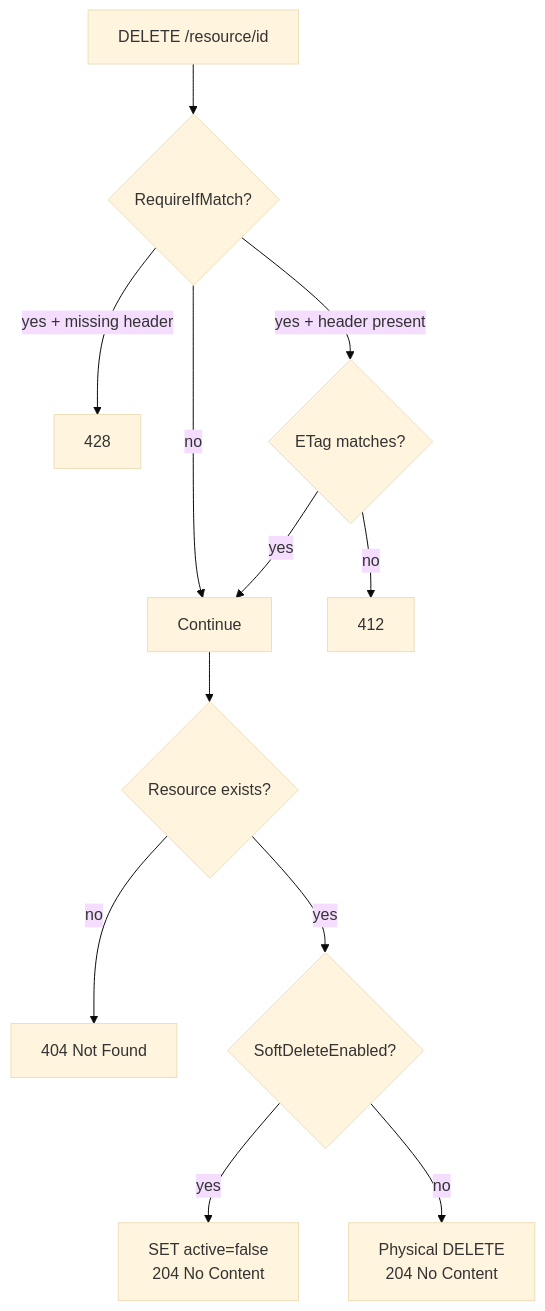
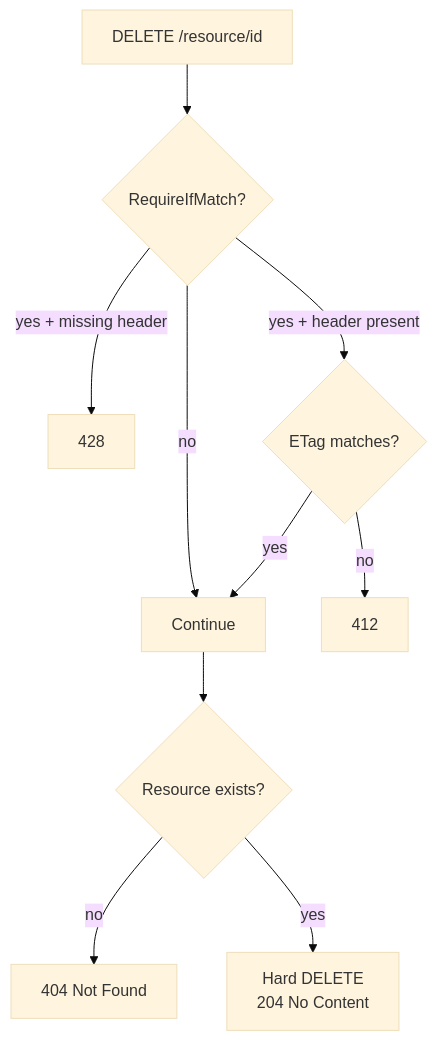
One commit to pranems/SCIMServer changed the ninth of 10 diagrams in docs/ENDPOINT_CONFIG_FLAGS_REFERENCE.md. Above: the diagram before and after it, drawn with Mermaid (base theme). The commit also changed other lines of this file and 82 other files, not shown here.

First line of the commit message:
feat: remove deletedAt, implement UserSoftDeleteEnabled PATCH gate, update docs

````diff
--- a/docs/ENDPOINT_CONFIG_FLAGS_REFERENCE.md
+++ b/docs/ENDPOINT_CONFIG_FLAGS_REFERENCE.md
@@ -1314,14 +1264,12 @@
 ```mermaid
 flowchart TD
     A[DELETE /resource/id] --> B{RequireIfMatch?}
     B -->|yes + missing header| C[428]
     B -->|yes + header present| D{ETag matches?}
     B -->|no| E[Continue]
     D -->|no| F[412]
     D -->|yes| E
     E --> G{Resource exists?}
     G -->|no| H[404 Not Found]
-    G -->|yes| I{SoftDeleteEnabled?}
-    I -->|yes| J[SET active=false<br>204 No Content]
-    I -->|no| K[Physical DELETE<br>204 No Content]
+    G -->|yes| I[Hard DELETE<br>204 No Content]
 ```
````
